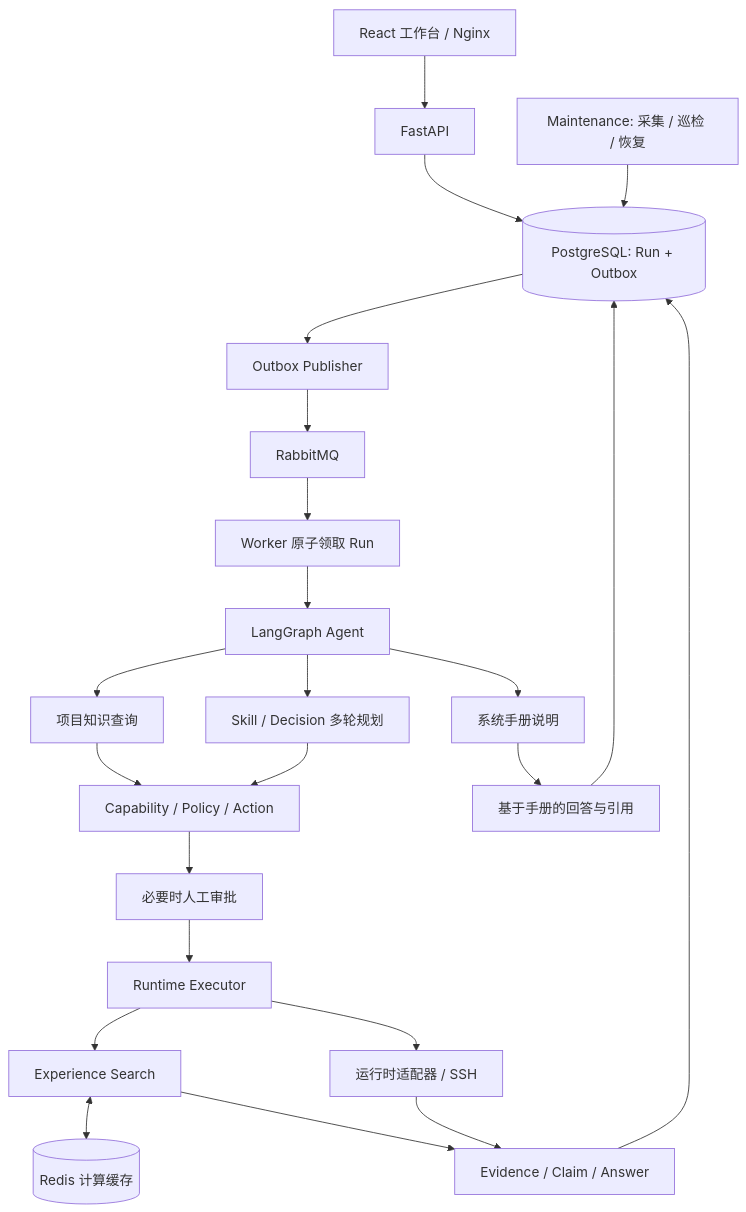
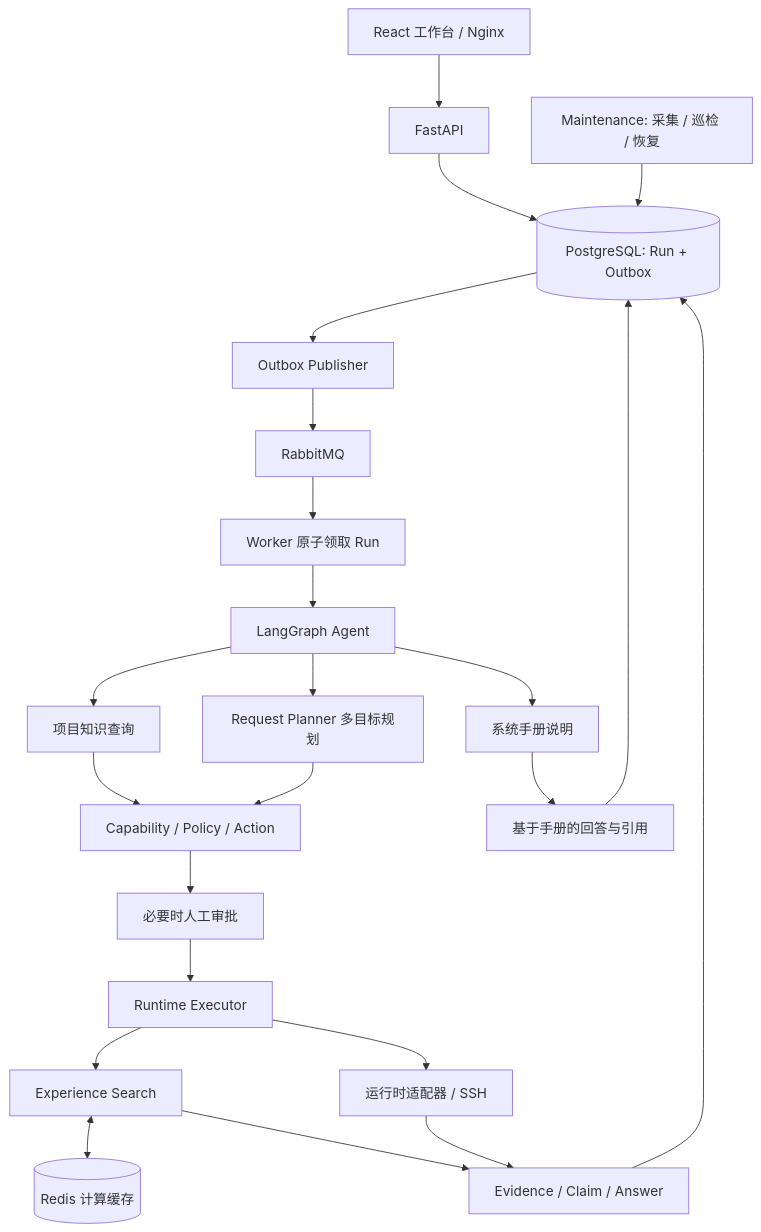
The diagram in README.md (JChengPro/ops_agent_chat), drawn with Mermaid before and after one commit. The commit also changed other lines of this file and 14 other files, not shown here.

Commit message:
feat: add multi-goal request planner

````diff
--- a/README.md
+++ b/README.md
@@ -27,25 +27,25 @@
 ```mermaid
 flowchart TD
     UI[React 工作台 / Nginx] --> API[FastAPI]
     API --> DB[(PostgreSQL: Run + Outbox)]
     DB --> Publisher[Outbox Publisher]
     Publisher --> MQ[RabbitMQ]
     MQ --> Worker[Worker 原子领取 Run]
     Worker --> Agent[LangGraph Agent]
     Agent --> Handbook[系统手册说明]
     Agent --> Knowledge[项目知识查询]
-    Agent --> Loop[Skill / Decision 多轮规划]
+    Agent --> Planner[Request Planner 多目标规划]
     Knowledge --> Governance[Capability / Policy / Action]
-    Loop --> Governance
+    Planner --> Governance
     Governance --> Approval[必要时人工审批]
     Approval --> Executor[Runtime Executor]
     Executor --> RAG[Experience Search]
     Executor --> Runtime[运行时适配器 / SSH]
     RAG <--> Cache[(Redis 计算缓存)]
     RAG --> Evidence[Evidence / Claim / Answer]
     Runtime --> Evidence
     Handbook --> Answer[基于手册的回答与引用]
     Evidence --> DB
     Answer --> DB
     Maintenance[Maintenance: 采集 / 巡检 / 恢复] --> DB
 ```
````
